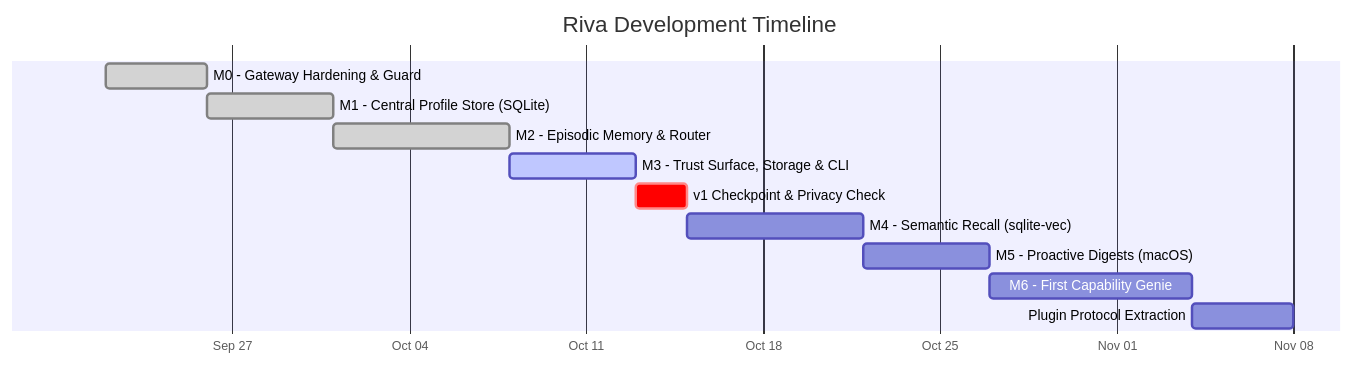
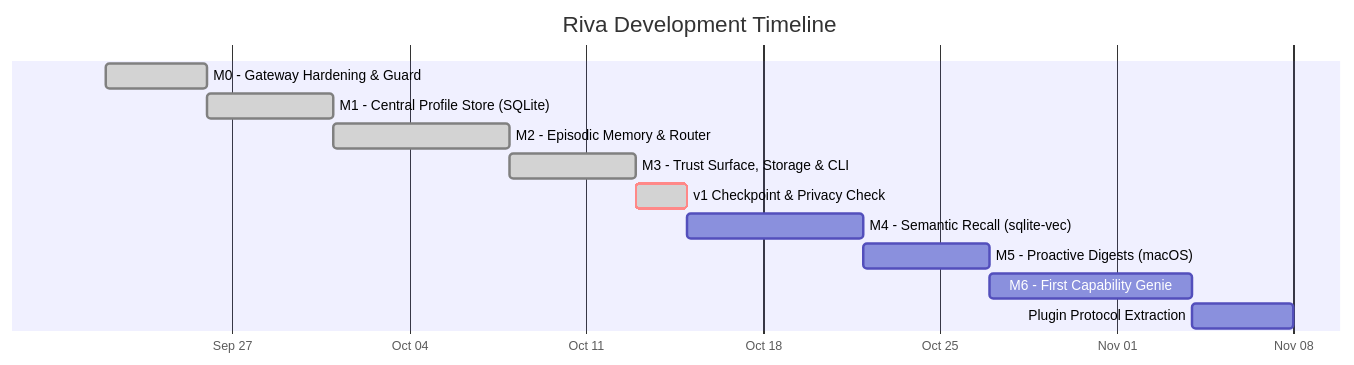
The diagram in docs/development-timeline.md (anirban-1009/riva), drawn with Mermaid before and after one commit.

Commit message:
docs: mark M3 and v1 checkpoint as done in development timeline

````diff
--- a/docs/development-timeline.md
+++ b/docs/development-timeline.md
@@ -11,16 +11,16 @@
 ```mermaid
 gantt
   title Riva Development Timeline
   dateFormat  YYYY-MM-DD
   axisFormat  %b %d
 
   M0 - Gateway Hardening & Guard              :done, m0, 2026-09-22, 4d
   M1 - Central Profile Store (SQLite)         :done, m1, after m0, 5d
   M2 - Episodic Memory & Router               :done, m2, after m1, 7d
-  M3 - Trust Surface, Storage & CLI           :active, m3, after m2, 5d
-  v1 Checkpoint & Privacy Check               :crit, v1_done, after m3, 2d
+  M3 - Trust Surface, Storage & CLI           :done, m3, after m2, 5d
+  v1 Checkpoint & Privacy Check               :done, crit, v1_done, after m3, 2d
   M4 - Semantic Recall (sqlite-vec)           :m4, after v1_done, 7d
   M5 - Proactive Digests (macOS)              :m5, after m4, 5d
   M6 - First Capability Genie                 :m6, after m5, 8d
   Plugin Protocol Extraction                  :m6_proto, after m6, 4d
 ```
````
